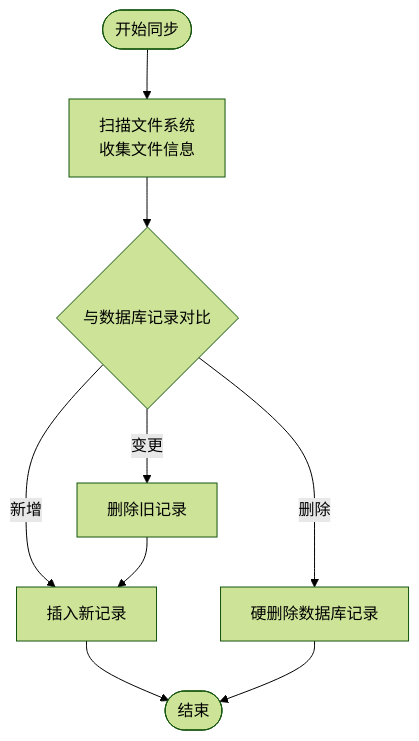
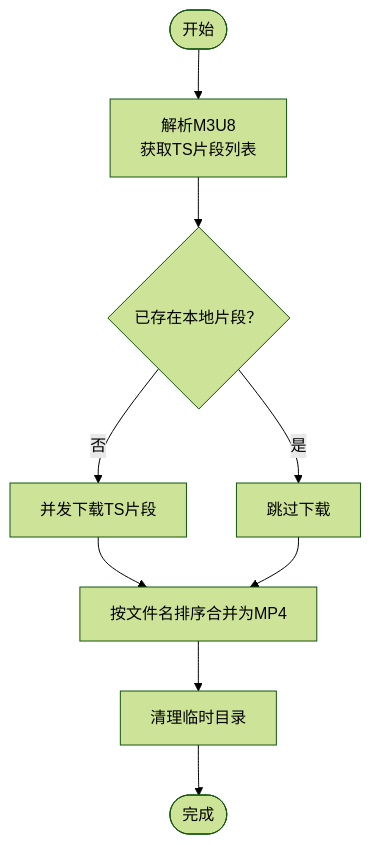
The third of 4 diagrams in .qoder/repowiki/zh/content/快速开始.md (Sunrisies/videos), drawn with Mermaid (forest theme) before and after one commit. The commit also changed other lines of this file and 26 other files, not shown here.

````diff
--- a/.qoder/repowiki/zh/content/快速开始.md
+++ b/.qoder/repowiki/zh/content/快速开始.md
@@ -195,11 +166,11 @@
 ```mermaid
 flowchart TD
-Start(["开始同步"]) --> Scan["扫描文件系统<br/>收集文件信息"]
-Scan --> Compare{"与数据库记录对比"}
-Compare --> |新增| Insert["插入新记录"]
-Compare --> |变更| DeleteOld["删除旧记录"]
-DeleteOld --> Insert
-Compare --> |删除| HardDelete["硬删除数据库记录"]
-Insert --> Done(["结束"])
-HardDelete --> Done
+Start(["开始"]) --> Parse["解析M3U8<br/>获取TS片段列表"]
+Parse --> Exists{"已存在本地片段？"}
+Exists --> |是| Skip["跳过下载"]
+Exists --> |否| Download["并发下载TS片段"]
+Download --> Merge["按文件名排序合并为MP4"]
+Merge --> Cleanup["清理临时目录"]
+Skip --> Merge
+Cleanup --> Done(["完成"])
 ```
````
